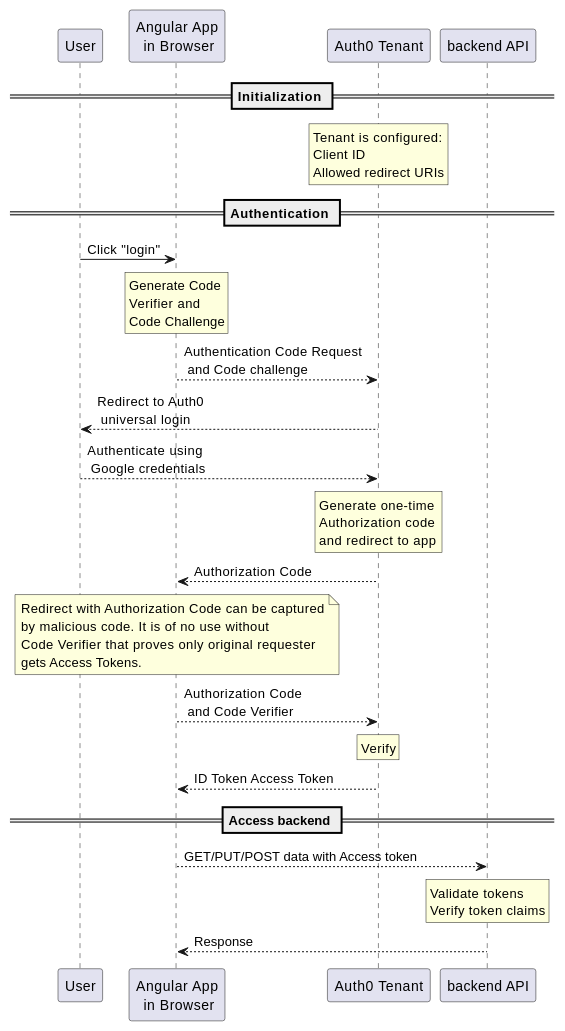
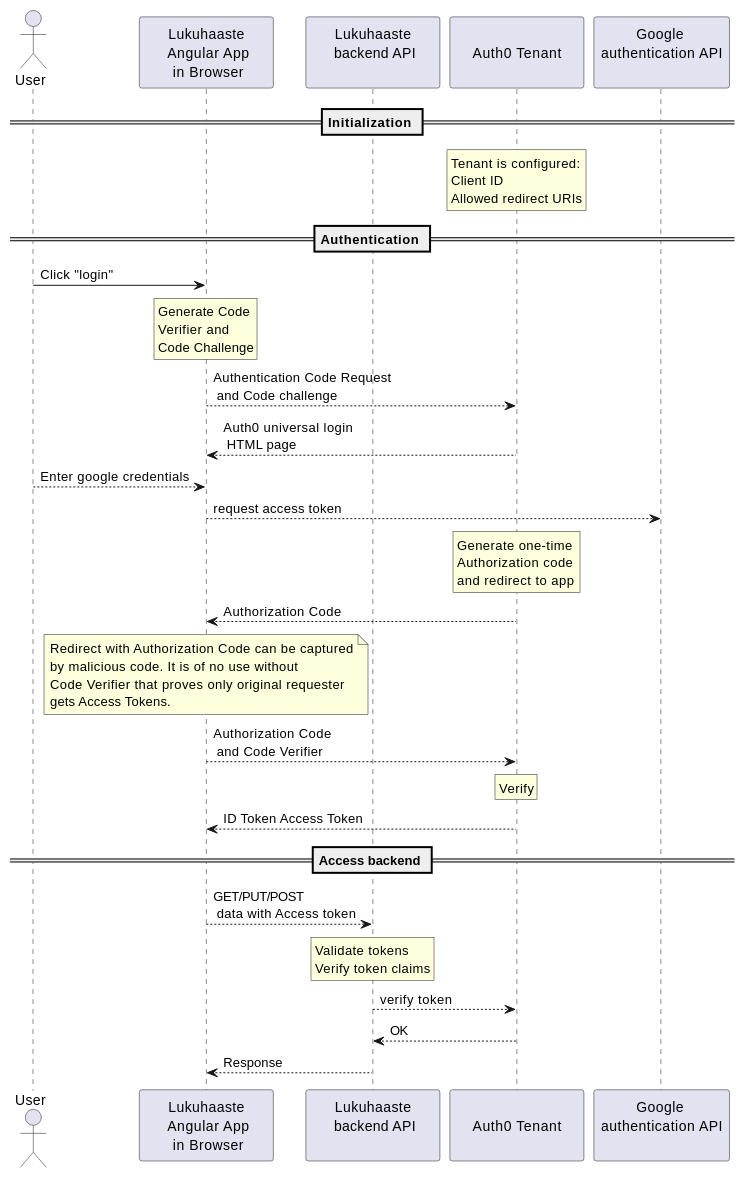
The second of 2 diagrams in README.md (jppaalassalo/secpro), drawn with PlantUML before and after one commit.

````diff
--- a/README.md
+++ b/README.md
@@ -81,53 +81,57 @@
 ```plantuml
 @startuml
-participant User
-participant "Angular App\n in Browser" as Browser
-participant "Auth0 Tenant" as auth
-participant "backend API" as backend
+actor User
+skinparam minClassWidth 120
+participant "Lukuhaaste\n Angular App\n in Browser" as Browser
+participant "Lukuhaaste\n backend API\n " as backend
+participant "\nAuth0 Tenant\n" as auth
+participant "Google \nauthentication API\n" as google
 == Initialization ==
 rnote over auth
  Tenant is configured:
  Client ID
  Allowed redirect URIs
 endrnote
 
 
 == Authentication ==
 
 User -> Browser: Click "login"
 rnote over Browser
  Generate Code 
  Verifier and 
  Code Challenge
 endrnote
 Browser --> auth: Authentication Code Request\n and Code challenge 
-auth --> User: Redirect to Auth0\n universal login
-User --> auth: Authenticate using\n Google credentials
+auth --> Browser: Auth0 universal login\n HTML page
+User --> Browser: Enter google credentials
+Browser --> google: request access token
 rnote over auth
  Generate one-time 
  Authorization code 
  and redirect to app
 endrnote
 auth --> Browser: Authorization Code
 note over Browser
  Redirect with Authorization Code can be captured
  by malicious code. It is of no use without
  Code Verifier that proves only original requester
  gets Access Tokens.
 endnote
 Browser --> auth: Authorization Code\n and Code Verifier
 rnote over auth
  Verify
 endrnote
 auth --> Browser: ID Token Access Token
 
 == Access backend ==
-Browser --> backend: GET/PUT/POST data with Access token
+Browser --> backend: GET/PUT/POST\n data with Access token
 rnote over backend
  Validate tokens
  Verify token claims
 endrnote
+backend --> auth: verify token
+auth --> backend: OK
 backend --> Browser: Response
 @enduml
-
 ```
````
